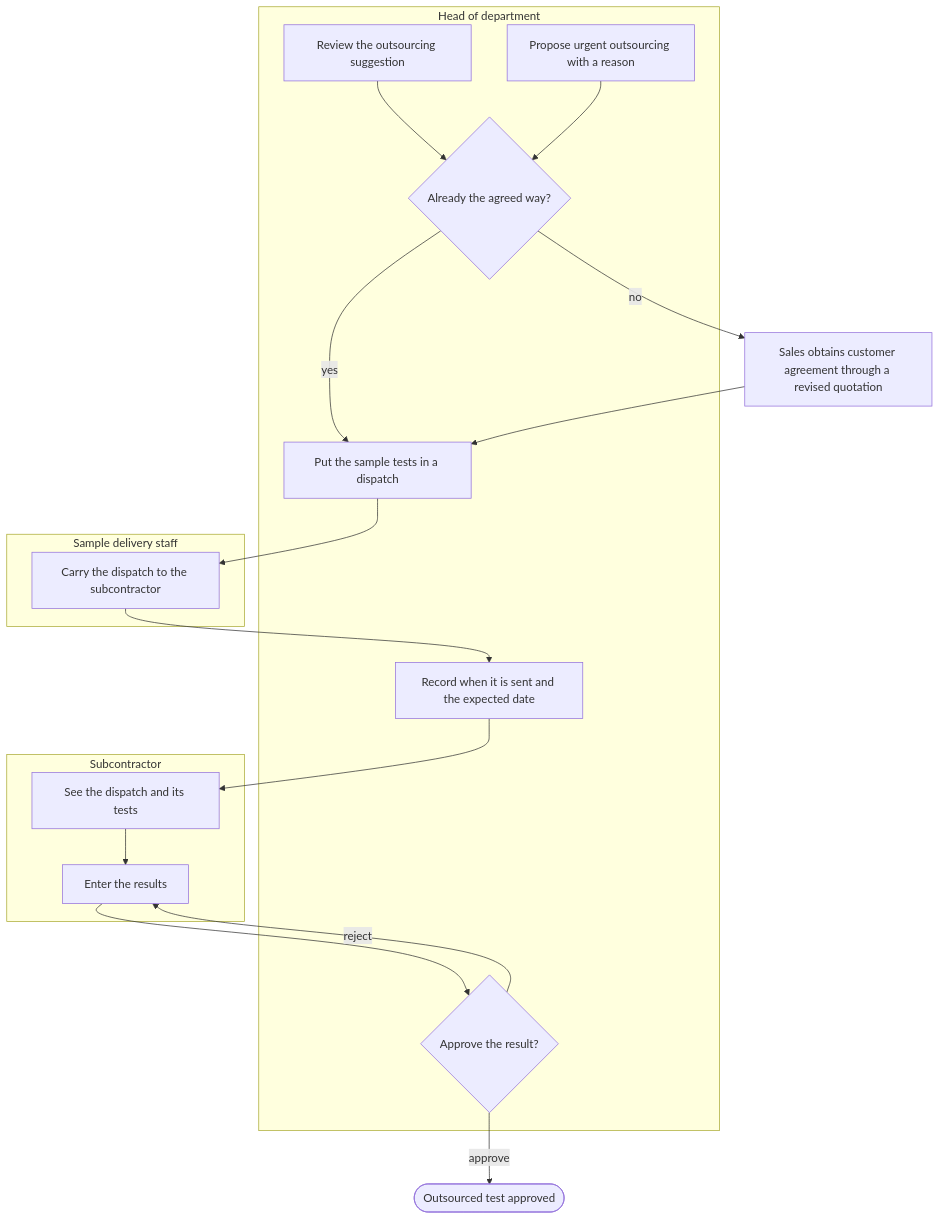
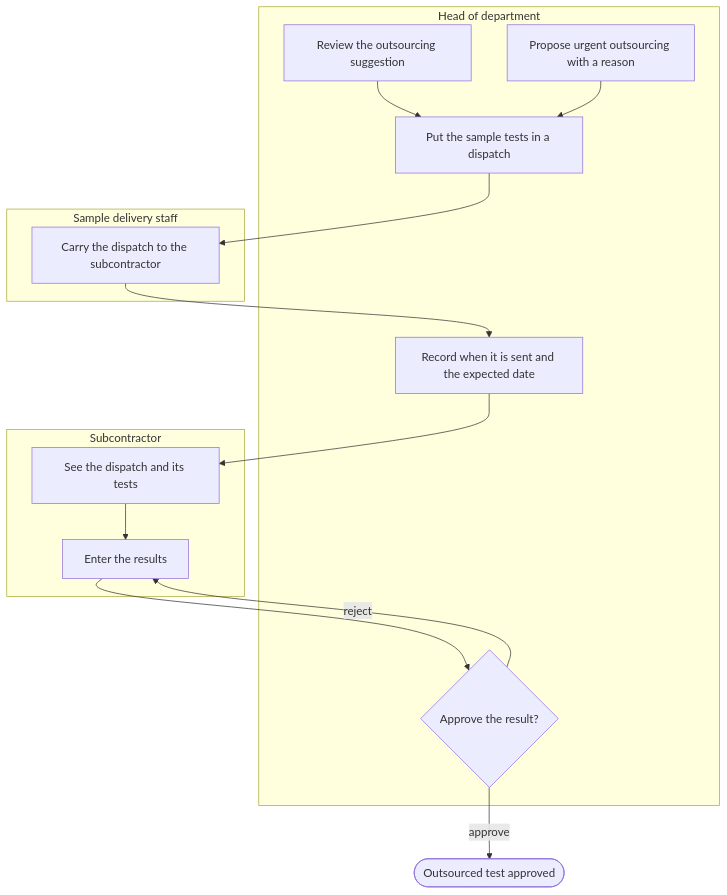
The fifth of 17 diagrams in docs/functional/business-flows.md (SoltuneMontepre/medilab), drawn with Mermaid before and after one commit. The commit also changed other lines of this file and 12 other files, not shown here.

````diff
--- a/docs/functional/business-flows.md
+++ b/docs/functional/business-flows.md
@@ -239,22 +239,19 @@
 ```mermaid
 flowchart TD
     subgraph lane12 ["Head of department"]
-        h1[Review the outsourcing suggestion] --> agreed{Already the agreed way?}
-        h0[Propose urgent outsourcing with a reason] --> agreed
-        h2[Put the sample tests in a dispatch]
+        h1[Review the outsourcing suggestion] --> h2[Put the sample tests in a dispatch]
+        h0[Propose urgent outsourcing with a reason] --> h2
         h3[Record when it is sent and the expected date]
         h4{Approve the result?}
     end
     subgraph lane13 ["Sample delivery staff"]
         d1[Carry the dispatch to the subcontractor]
     end
     subgraph lane14 ["Subcontractor"]
         s1[See the dispatch and its tests] --> s2[Enter the results]
     end
-    agreed -->|yes| h2
-    agreed -->|no| revise[Sales obtains customer agreement through a revised quotation] --> h2
     h2 --> d1 --> h3 --> s1
     s2 --> h4
     h4 -->|reject| s2
     h4 -->|approve| done([Outsourced test approved])
 ```
````
